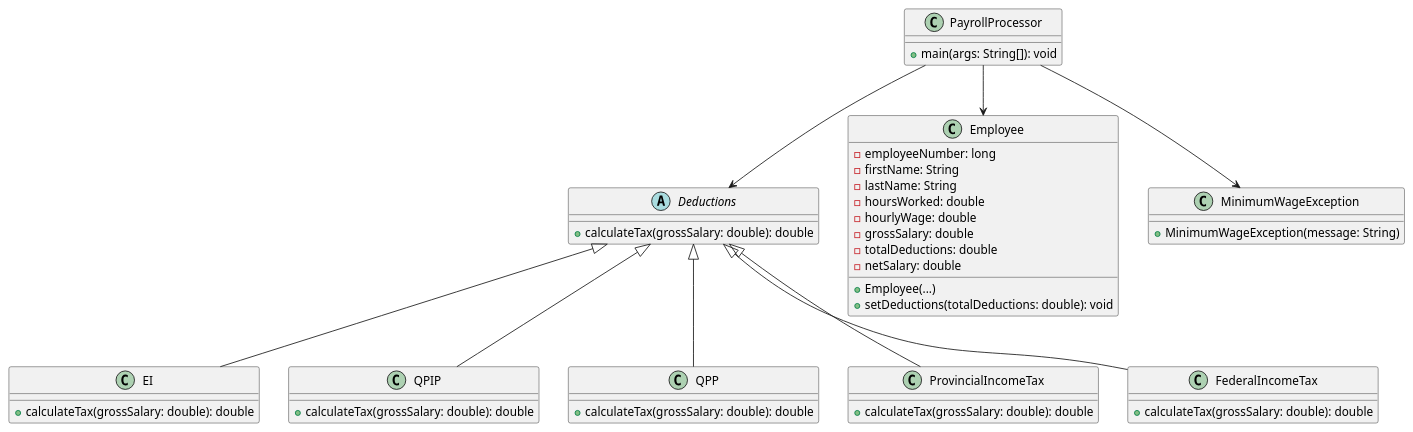
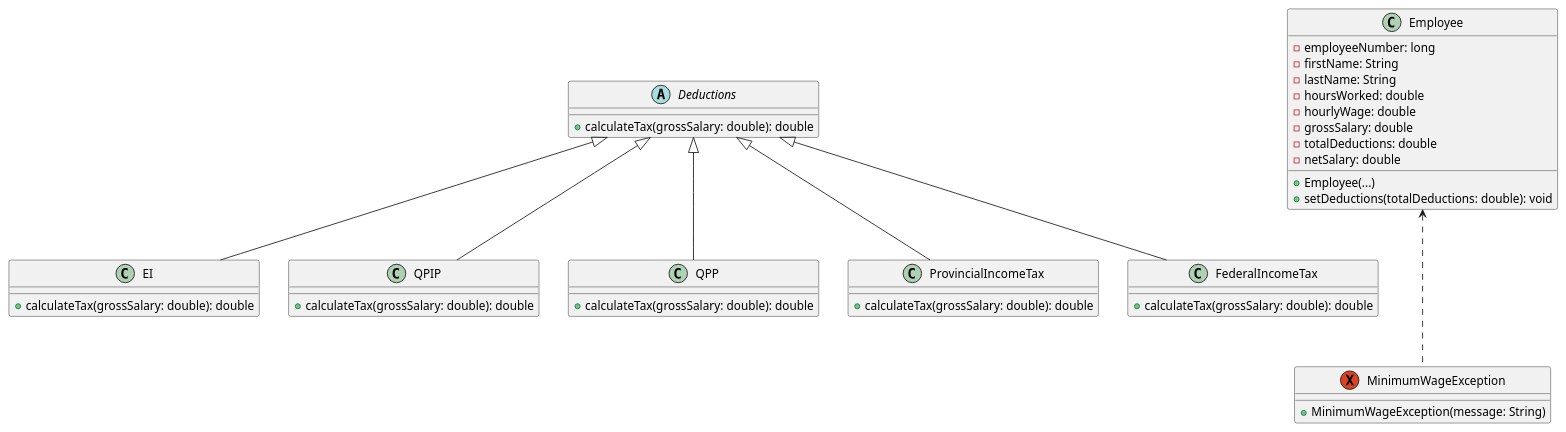
One commit to EmileGhattas/COMP249_Assignment_2 changed the diagram in src/UML_assignment2_comp249.puml. Above: the diagram before and after it, drawn with PlantUML. The commit also changed 1 other file, not shown here.

```diff
--- a/src/UML_assignment2_comp249.puml
+++ b/src/UML_assignment2_comp249.puml
@@ -1,60 +1,54 @@
 @startuml
 ' COMP 249 - Assignment 2 UML Diagram
 ' Written by: Ryan Khaled and Emile Ghattas
 
 abstract class Deductions {
     +calculateTax(grossSalary: double): double
 }
 
 class Employee {
     -employeeNumber: long
     -firstName: String
     -lastName: String
     -hoursWorked: double
     -hourlyWage: double
     -grossSalary: double
     -totalDeductions: double
     -netSalary: double
     +Employee(...)
     +setDeductions(totalDeductions: double): void
 }
 
-class MinimumWageException {
+exception MinimumWageException {
     +MinimumWageException(message: String)
 }
 
-class PayrollProcessor {
-    +main(args: String[]): void
-}
 
 class EI {
     +calculateTax(grossSalary: double): double
 }
 
 class QPIP {
     +calculateTax(grossSalary: double): double
 }
 
 class QPP {
     +calculateTax(grossSalary: double): double
 }
 
 class ProvincialIncomeTax {
     +calculateTax(grossSalary: double): double
 }
 
 class FederalIncomeTax {
     +calculateTax(grossSalary: double): double
 }
 
 Deductions <|-- EI
 Deductions <|-- QPIP
 Deductions <|-- QPP
 Deductions <|-- ProvincialIncomeTax
 Deductions <|-- FederalIncomeTax
-
-PayrollProcessor --> Employee
-PayrollProcessor --> Deductions
-PayrollProcessor --> MinimumWageException
+Employee <... MinimumWageException
 
 @enduml
```
